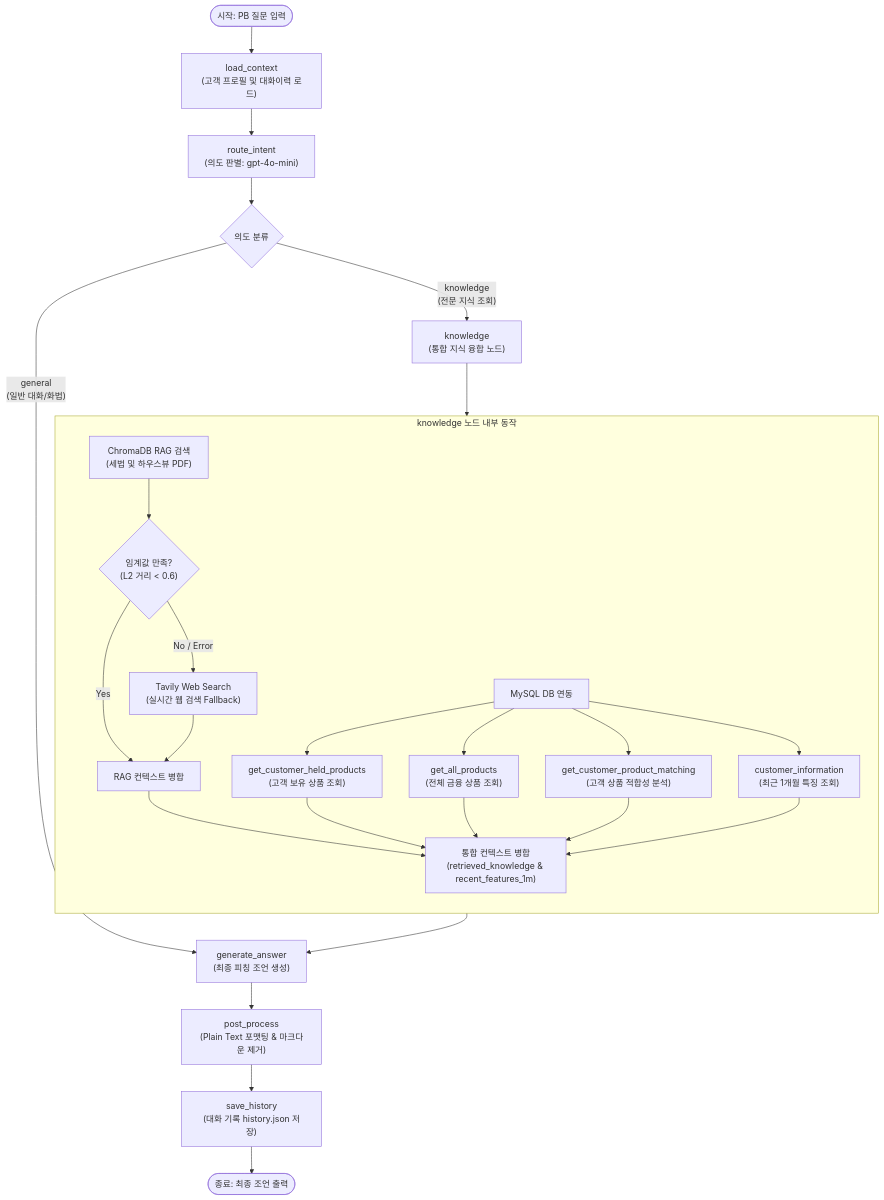
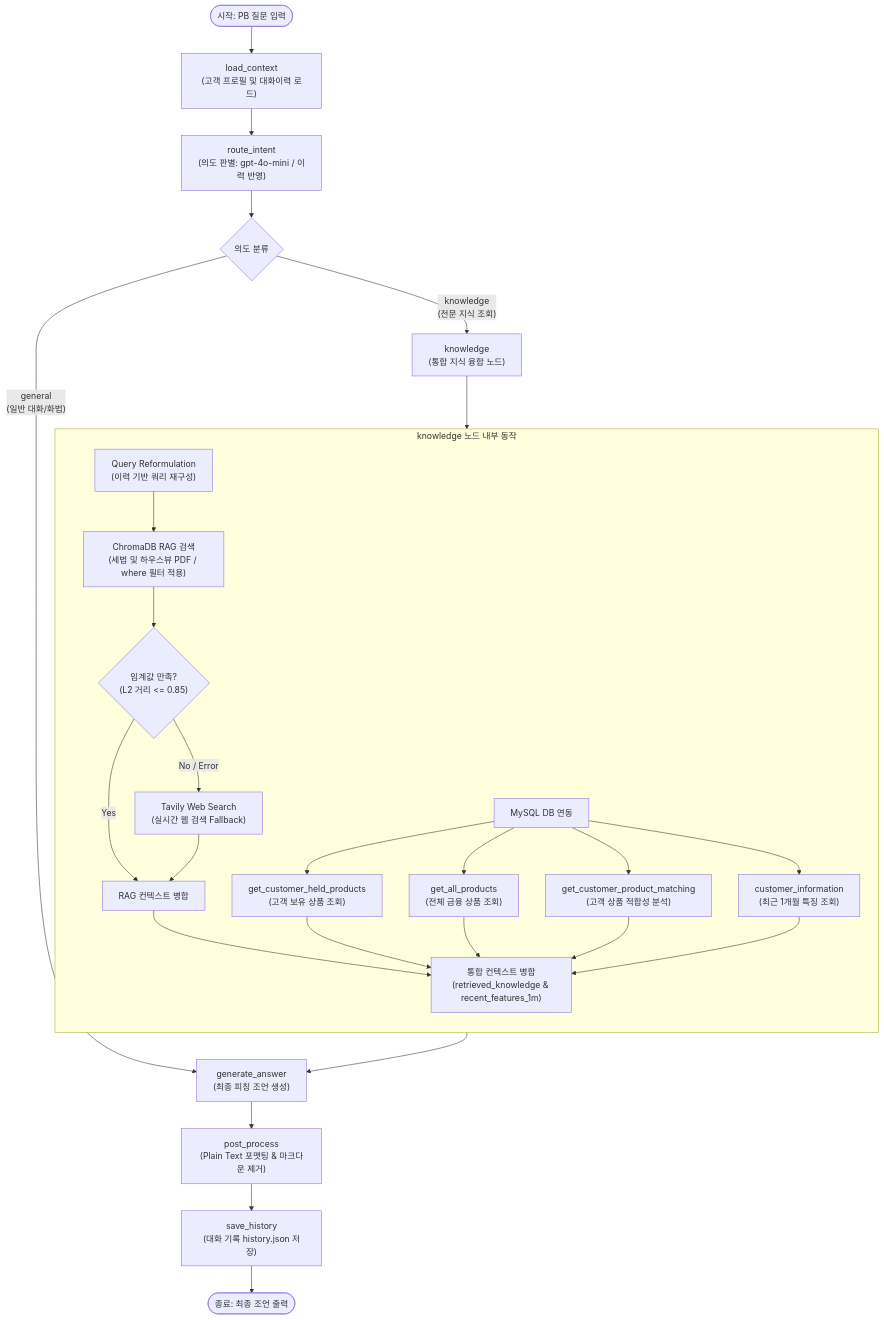
The first of 2 diagrams in agent/simulator/explain.md (PoomSaengPoomSa/POOM-AI), drawn with Mermaid before and after one commit. The commit also changed other lines of this file and 5 other files, not shown here.

````diff
--- a/agent/simulator/explain.md
+++ b/agent/simulator/explain.md
@@ -32,34 +32,35 @@
 ```mermaid
 flowchart TD
     Start([시작: PB 질문 입력]) --> Node1["load_context<br>(고객 프로필 및 대화이력 로드)"]
-    Node1 --> Node2["route_intent<br>(의도 판별: gpt-4o-mini)"]
+    Node1 --> Node2["route_intent<br>(의도 판별: gpt-4o-mini / 이력 반영)"]
     Node2 --> Edge1{"의도 분류"}
     
     Edge1 -- "general<br>(일반 대화/화법)" --> Node4["generate_answer<br>(최종 피칭 조언 생성)"]
     Edge1 -- "knowledge<br>(전문 지식 조회)" --> Node3["knowledge<br>(통합 지식 융합 노드)"]
     
     subgraph knowledge_node [knowledge 노드 내부 동작]
         direction TB
-        K1["ChromaDB RAG 검색<br>(세법 및 하우스뷰 PDF)"] --> K2{"임계값 만족?<br>(L2 거리 < 0.6)"}
+        QR["Query Reformulation<br>(이력 기반 쿼리 재구성)"] --> K1["ChromaDB RAG 검색<br>(세법 및 하우스뷰 PDF / where 필터 적용)"]
+        K1 --> K2{"임계값 만족?<br>(L2 거리 <= 0.85)"}
         K2 -- No / Error --> K3["Tavily Web Search<br>(실시간 웹 검색 Fallback)"]
         K2 -- Yes --> K4["RAG 컨텍스트 병합"]
         K3 --> K4
         
         DB1["MySQL DB 연동"] --> DB2["get_customer_held_products<br>(고객 보유 상품 조회)"]
         DB1 --> DB3["get_all_products<br>(전체 금융 상품 조회)"]
         DB1 --> DB4["get_customer_product_matching<br>(고객 상품 적합성 분석)"]
         DB1 --> DB5["customer_information<br>(최근 1개월 특징 조회)"]
         
         K4 --> Merge["통합 컨텍스트 병합<br>(retrieved_knowledge & recent_features_1m)"]
         DB2 --> Merge
         DB3 --> Merge
         DB4 --> Merge
         DB5 --> Merge
     end
     
     Node3 --> knowledge_node
     Merge --> Node4
     Node4 --> Node5["post_process<br>(Plain Text 포맷팅 & 마크다운 제거)"]
     Node5 --> Node6["save_history<br>(대화 기록 history.json 저장)"]
     Node6 --> End([종료: 최종 조언 출력])
 ```
````
